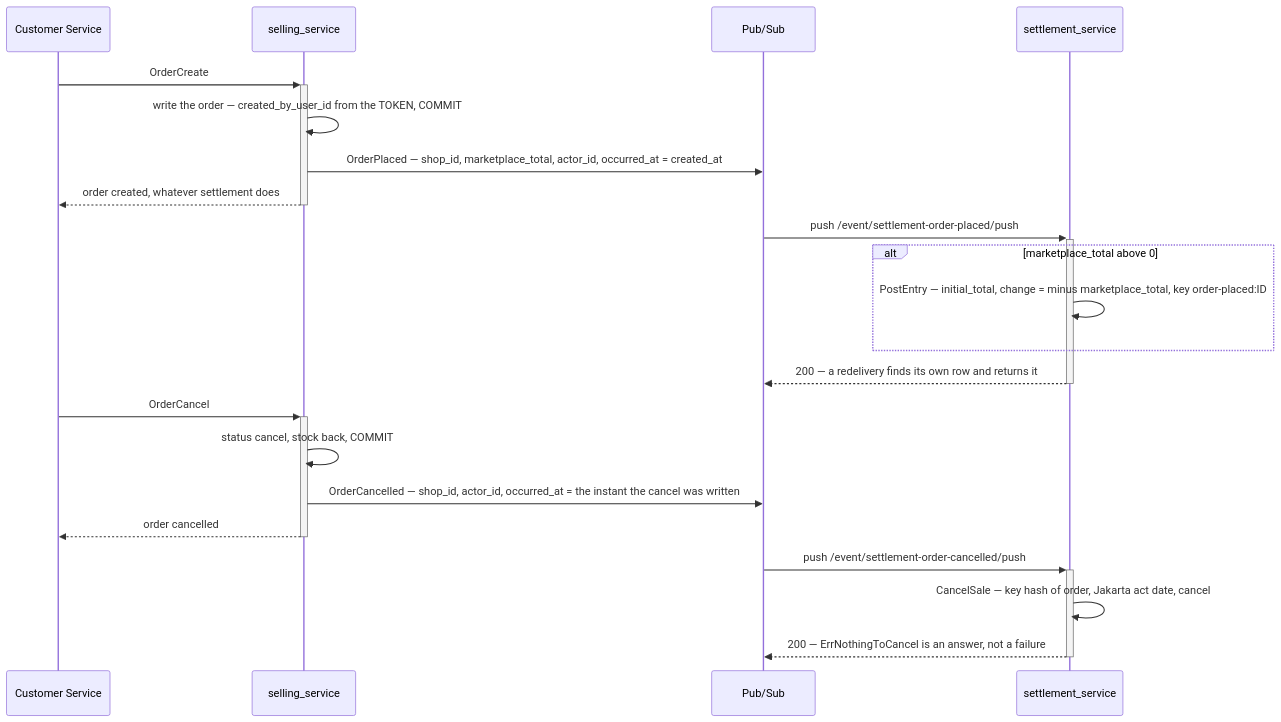
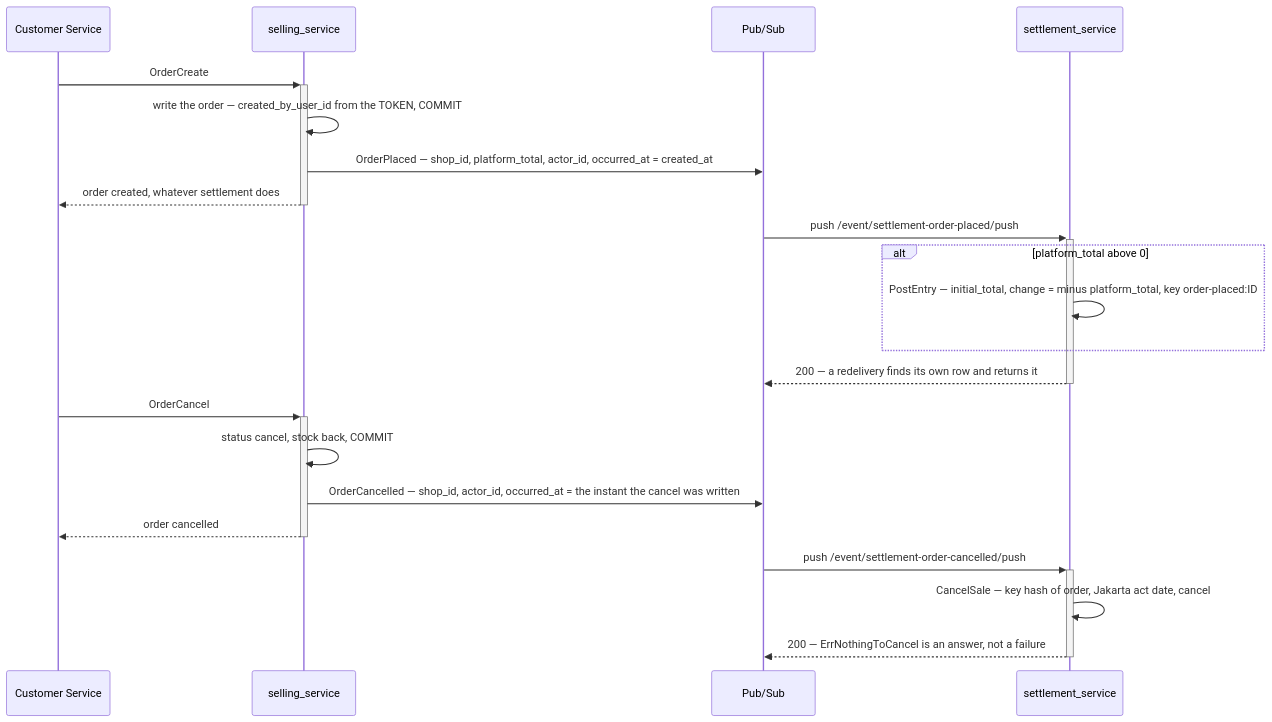
Before and after one commit to pdcgo/warehouse_revamp: the fourth of 6 diagrams in docs/services/settlement_service/rpc.md, drawn with Mermaid. The commit also changed other lines of this file and 346 other files, not shown here.

First line of the commit message:
feat(analytic): the graph and its Table/Graph tabs, metrics/suppliers on the contract — with the order, liability and shipment work in flight

````diff
--- a/docs/services/settlement_service/rpc.md
+++ b/docs/services/settlement_service/rpc.md
@@ -156,25 +156,25 @@
 ```mermaid
 sequenceDiagram
   participant CS as Customer Service
   participant O as selling_service
   participant B as Pub/Sub
   participant S as settlement_service
 
   CS->>+O: OrderCreate
   O->>O: write the order — created_by_user_id from the TOKEN, COMMIT
-  O->>B: OrderPlaced — shop_id, marketplace_total, actor_id, occurred_at = created_at
+  O->>B: OrderPlaced — shop_id, platform_total, actor_id, occurred_at = created_at
   O-->>-CS: order created, whatever settlement does
   B->>+S: push /event/settlement-order-placed/push
-  alt marketplace_total above 0
-    S->>S: PostEntry — initial_total, change = minus marketplace_total, key order-placed:ID
+  alt platform_total above 0
+    S->>S: PostEntry — initial_total, change = minus platform_total, key order-placed:ID
   end
   S-->>-B: 200 — a redelivery finds its own row and returns it
 
   CS->>+O: OrderCancel
   O->>O: status cancel, stock back, COMMIT
   O->>B: OrderCancelled — shop_id, actor_id, occurred_at = the instant the cancel was written
   O-->>-CS: order cancelled
   B->>+S: push /event/settlement-order-cancelled/push
   S->>S: CancelSale — key hash of order, Jakarta act date, cancel
   S-->>-B: 200 — ErrNothingToCancel is an answer, not a failure
 ```
````
